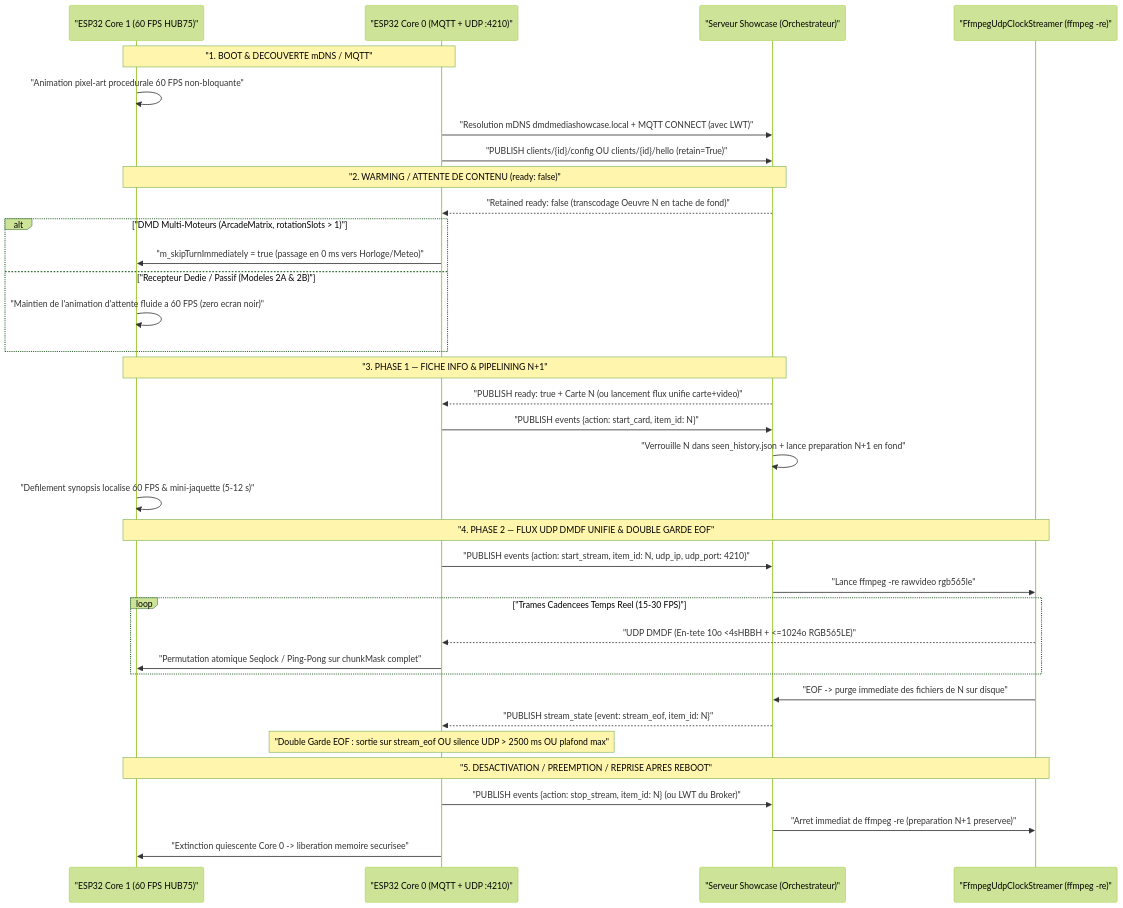
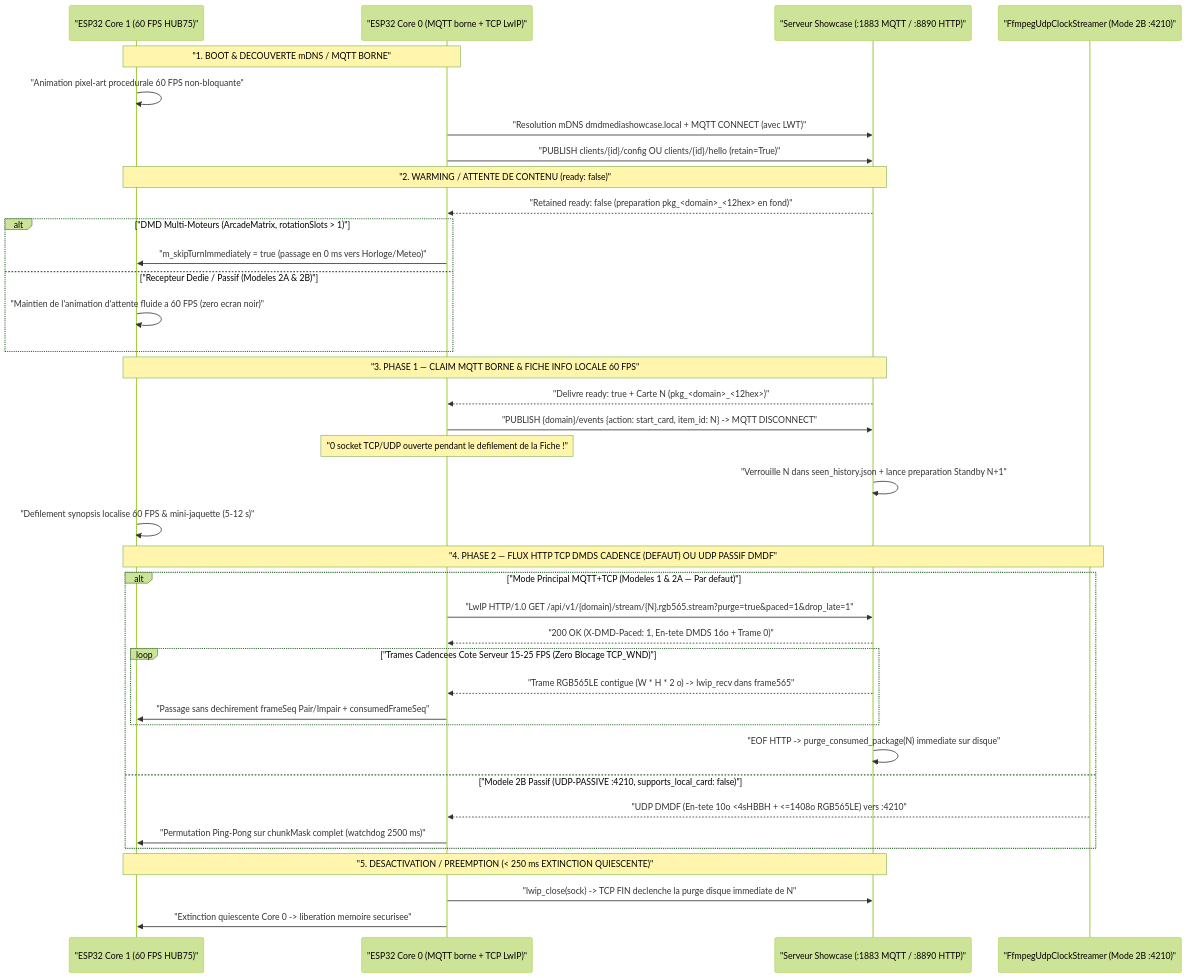
One commit to red77290/dmd_media_showcase changed the first of 2 diagrams in docs/ESP32_INTEGRATION_FR.md. Above: the diagram before and after it, drawn with Mermaid (forest theme). The commit also changed other lines of this file and 26 other files, not shown here.

First line of the commit message:
feat(stream): align default ESP32 transport on MQTT+TCP DMDS and compact item_id

````diff
--- a/docs/ESP32_INTEGRATION_FR.md
+++ b/docs/ESP32_INTEGRATION_FR.md
@@ -131,42 +144,45 @@
 ```mermaid
 sequenceDiagram
     participant C1 as "ESP32 Core 1 (60 FPS HUB75)"
-    participant C0 as "ESP32 Core 0 (MQTT + UDP :4210)"
-    participant SRV as "Serveur Showcase (Orchestrateur)"
-    participant FFM as "FfmpegUdpClockStreamer (ffmpeg -re)"
+    participant C0 as "ESP32 Core 0 (MQTT borne + TCP LwIP)"
+    participant SRV as "Serveur Showcase (:1883 MQTT / :8890 HTTP)"
+    participant UDP as "FfmpegUdpClockStreamer (Mode 2B :4210)"
 
-    Note over C1,C0: "1. BOOT & DECOUVERTE mDNS / MQTT"
+    Note over C1,C0: "1. BOOT & DECOUVERTE mDNS / MQTT BORNE"
     C1->>C1: "Animation pixel-art procedurale 60 FPS non-bloquante"
     C0->>SRV: "Resolution mDNS dmdmediashowcase.local + MQTT CONNECT (avec LWT)"
     C0->>SRV: "PUBLISH clients/{id}/config OU clients/{id}/hello (retain=True)"
 
     Note over C1,SRV: "2. WARMING / ATTENTE DE CONTENU (ready: false)"
-    SRV-->>C0: "Retained ready: false (transcodage Oeuvre N en tache de fond)"
+    SRV-->>C0: "Retained ready: false (preparation pkg_<domain>_<12hex> en fond)"
     alt "DMD Multi-Moteurs (ArcadeMatrix, rotationSlots > 1)"
         C0->>C1: "m_skipTurnImmediately = true (passage en 0 ms vers Horloge/Meteo)"
     else "Recepteur Dedie / Passif (Modeles 2A & 2B)"
         C1->>C1: "Maintien de l'animation d'attente fluide a 60 FPS (zero ecran noir)"
     end
 
-    Note over C1,SRV: "3. PHASE 1 — FICHE INFO & PIPELINING N+1"
-    SRV-->>C0: "PUBLISH ready: true + Carte N (ou lancement flux unifie carte+video)"
-    C0->>SRV: "PUBLISH events {action: start_card, item_id: N}"
-    SRV->>SRV: "Verrouille N dans seen_history.json + lance preparation N+1 en fond"
+    Note over C1,SRV: "3. PHASE 1 — CLAIM MQTT BORNE & FICHE INFO LOCALE 60 FPS"
+    SRV-->>C0: "Delivre ready: true + Carte N (pkg_<domain>_<12hex>)"
+    C0->>SRV: "PUBLISH {domain}/events {action: start_card, item_id: N} -> MQTT DISCONNECT"
+    Note over C0: "0 socket TCP/UDP ouverte pendant le defilement de la Fiche !"
+    SRV->>SRV: "Verrouille N dans seen_history.json + lance preparation Standby N+1"
     C1->>C1: "Defilement synopsis localise 60 FPS & mini-jaquette (5-12 s)"
 
-    Note over C1,FFM: "4. PHASE 2 — FLUX UDP DMDF UNIFIE & DOUBLE GARDE EOF"
-    C0->>SRV: "PUBLISH events {action: start_stream, item_id: N, udp_ip, udp_port: 4210}"
-    SRV->>FFM: "Lance ffmpeg -re rawvideo rgb565le"
-    loop "Trames Cadencees Temps Reel (15-30 FPS)"
-        FFM-->>C0: "UDP DMDF (En-tete 10o <4sHBBH + <=1024o RGB565LE)"
-        C0->>C1: "Permutation atomique Seqlock / Ping-Pong sur chunkMask complet"
+    Note over C1,UDP: "4. PHASE 2 — FLUX HTTP TCP DMDS CADENCE (DEFAUT) OU UDP PASSIF DMDF"
+    alt "Mode Principal MQTT+TCP (Modeles 1 & 2A — Par defaut)"
+        C0->>SRV: "LwIP HTTP/1.0 GET /api/v1/{domain}/stream/{N}.rgb565.stream?purge=true&paced=1&drop_late=1"
+        SRV-->>C0: "200 OK (X-DMD-Paced: 1, En-tete DMDS 16o + Trame 0)"
+        loop "Trames Cadencees Cote Serveur 15-25 FPS (Zero Blocage TCP_WND)"
+            SRV-->>C0: "Trame RGB565LE contigue (W * H * 2 o) -> lwip_recv dans frame565"
+            C0->>C1: "Passage sans dechirement frameSeq Pair/Impair + consumedFrameSeq"
+        end
+        SRV->>SRV: "EOF HTTP -> purge_consumed_package(N) immediate sur disque"
+    else "Modele 2B Passif (UDP-PASSIVE :4210, supports_local_card: false)"
+        UDP-->>C0: "UDP DMDF (En-tete 10o <4sHBBH + <=1408o RGB565LE) vers :4210"
+        C0->>C1: "Permutation Ping-Pong sur chunkMask complet (watchdog 2500 ms)"
     end
-    FFM->>SRV: "EOF -> purge immediate des fichiers de N sur disque"
-    SRV-->>C0: "PUBLISH stream_state {event: stream_eof, item_id: N}"
-    Note over C0: "Double Garde EOF : sortie sur stream_eof OU silence UDP > 2500 ms OU plafond max"
 
-    Note over C1,FFM: "5. DESACTIVATION / PREEMPTION / REPRISE APRES REBOOT"
-    C0->>SRV: "PUBLISH events {action: stop_stream, item_id: N} (ou LWT du Broker)"
-    SRV->>FFM: "Arret immediat de ffmpeg -re (preparation N+1 preservee)"
+    Note over C1,SRV: "5. DESACTIVATION / PREEMPTION (< 250 ms EXTINCTION QUIESCENTE)"
+    C0->>SRV: "lwip_close(sock) -> TCP FIN declenche la purge disque immediate de N"
     C0->>C1: "Extinction quiescente Core 0 -> liberation memoire securisee"
 ```
````
